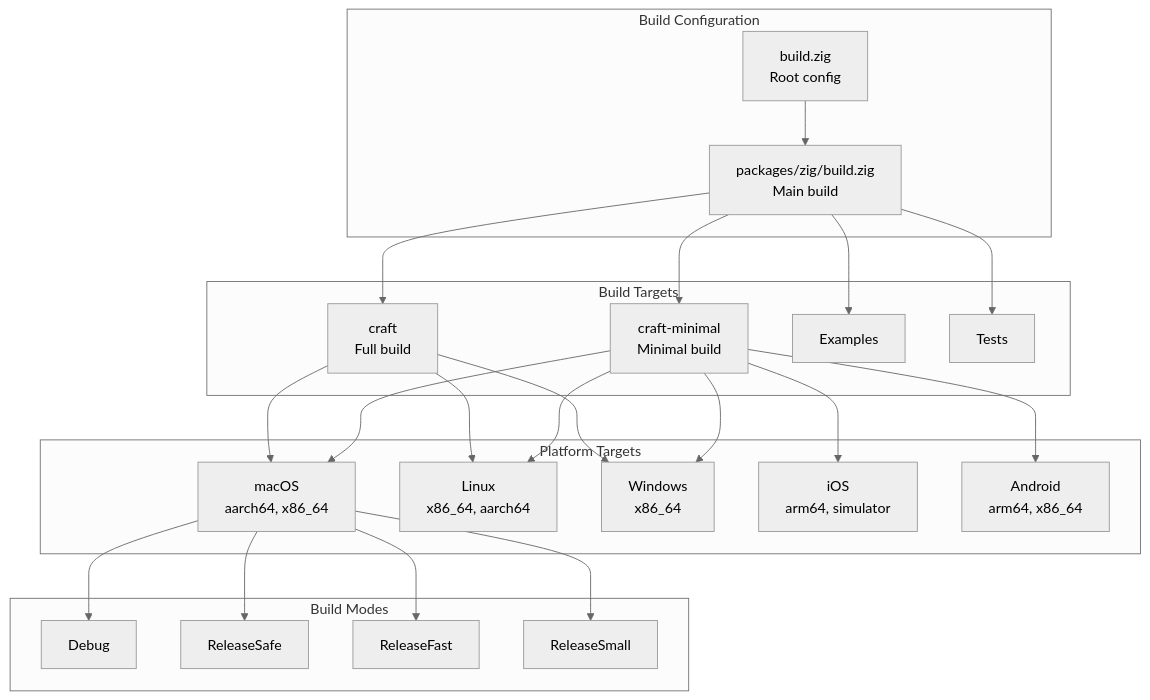
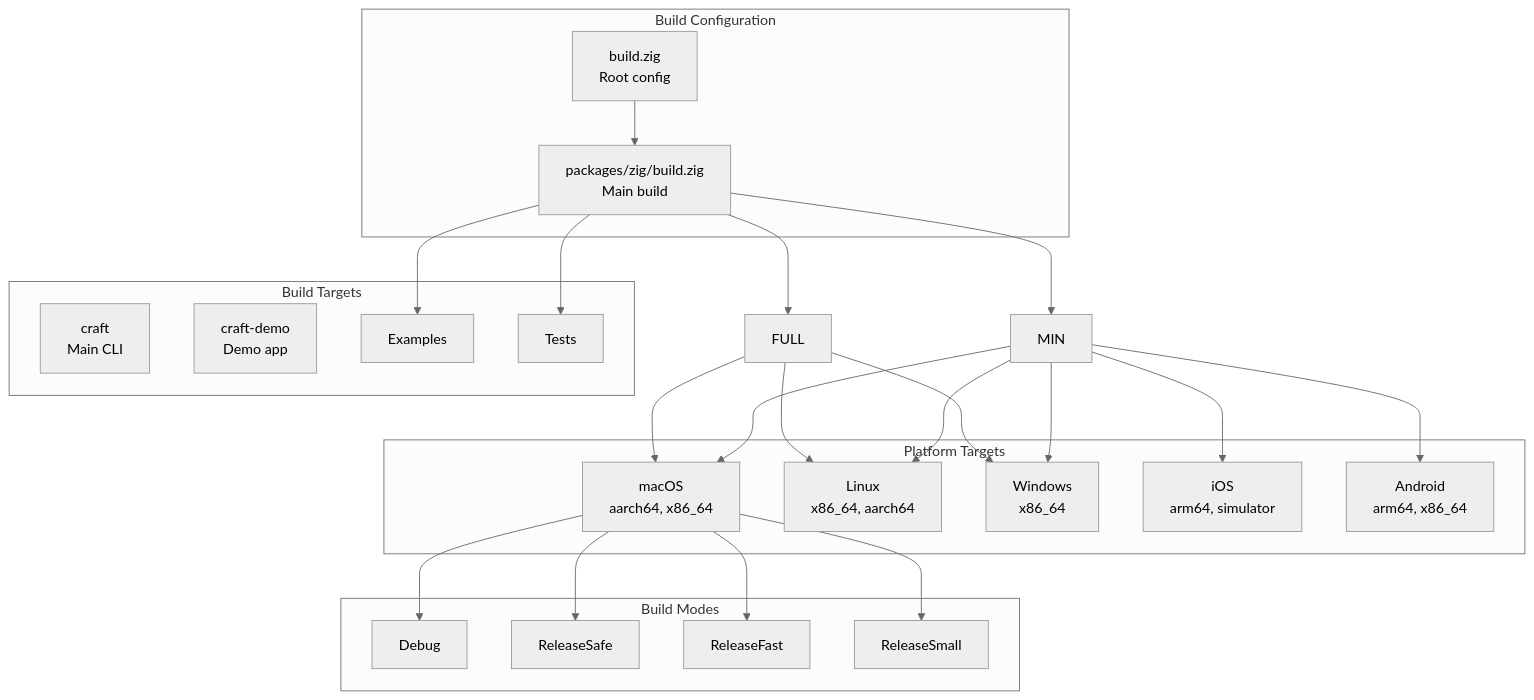
One commit to home-lang/craft changed the seventh of 10 diagrams in docs/architecture/README.md. Above: the diagram before and after it, drawn with Mermaid (neutral theme). The commit also changed other lines of this file and 22 other files, not shown here.

````diff
--- a/docs/architecture/README.md
+++ b/docs/architecture/README.md
@@ -373,50 +373,50 @@
 ```mermaid
 graph TB
     subgraph "Build Configuration"
         ROOT[build.zig<br/>Root config]
         PKG[packages/zig/build.zig<br/>Main build]
     end
 
     subgraph "Build Targets"
-        FULL[craft<br/>Full build]
-        MIN[craft-minimal<br/>Minimal build]
+        CLI[craft<br/>Main CLI]
+        DEMO[craft-demo<br/>Demo app]
         EX[Examples]
         TEST[Tests]
     end
 
     subgraph "Platform Targets"
         MAC[macOS<br/>aarch64, x86_64]
         LIN[Linux<br/>x86_64, aarch64]
         WIN[Windows<br/>x86_64]
         IOS[iOS<br/>arm64, simulator]
         AND[Android<br/>arm64, x86_64]
     end
 
     subgraph "Build Modes"
         DBG[Debug]
         REL[ReleaseSafe]
         FAST[ReleaseFast]
         SMALL[ReleaseSmall]
     end
 
     ROOT --> PKG
 
     PKG --> FULL
     PKG --> MIN
     PKG --> EX
     PKG --> TEST
 
     FULL --> MAC
     FULL --> LIN
     FULL --> WIN
     MIN --> MAC
     MIN --> LIN
     MIN --> WIN
     MIN --> IOS
     MIN --> AND
 
     MAC --> DBG
     MAC --> REL
     MAC --> FAST
     MAC --> SMALL
 ```
````
